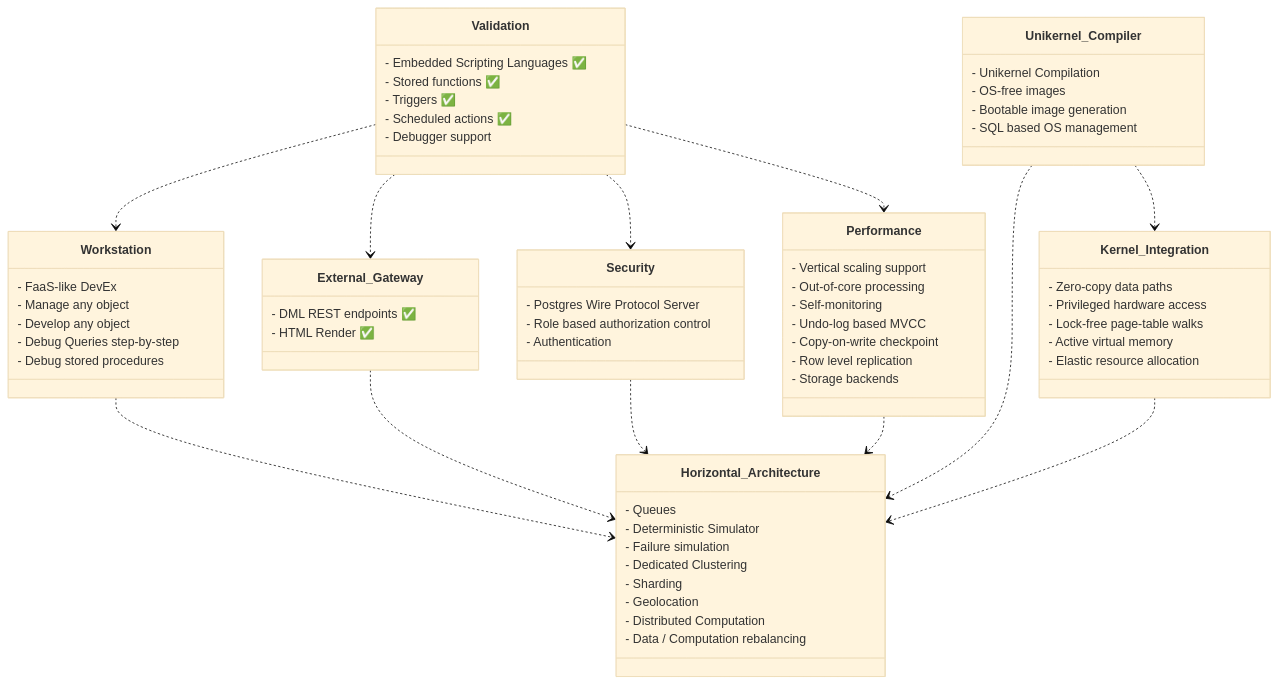
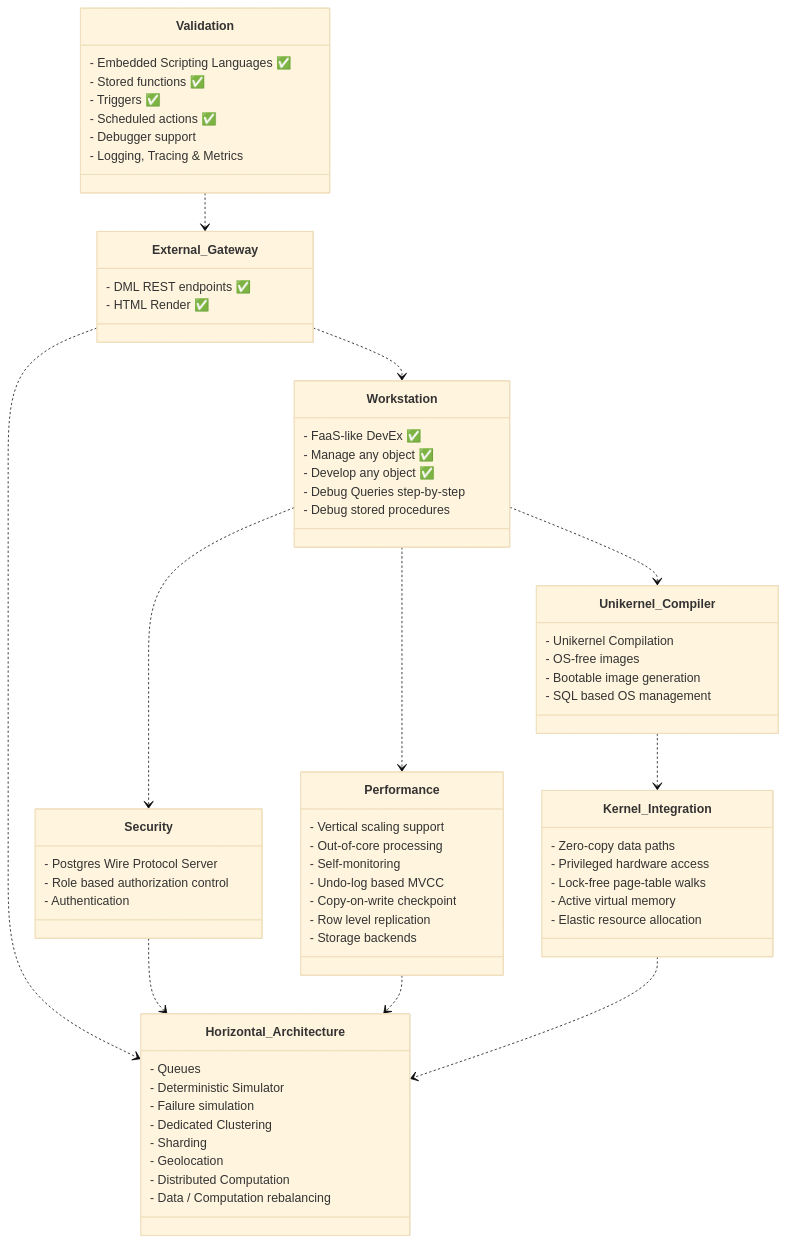
Before and after one commit to oxibase/oxibase: the diagram in docs/_docs/getting-started/roadmap.md, drawn with Mermaid (base theme). The commit also changed other lines of this file, not shown here.

````diff
--- a/docs/_docs/getting-started/roadmap.md
+++ b/docs/_docs/getting-started/roadmap.md
@@ -18,81 +18,82 @@
 ```mermaid
 classDiagram
     %% --- RELATIONSHIPS ---
     %% Use the short class names here, not "Layer.Class"
     Validation ..> External_Gateway
-    Validation ..> Workstation
-    Validation ..> Performance
-    Validation ..> Security
+    External_Gateway ..> Workstation
 
-    Workstation ..> Horizontal_Architecture
+    Workstation ..> Performance
+    Workstation ..> Security
+    Workstation ..> Unikernel_Compiler
+
     External_Gateway ..> Horizontal_Architecture
     Security ..> Horizontal_Architecture
     Performance ..> Horizontal_Architecture
-    Unikernel_Compiler ..> Horizontal_Architecture
 
     %% --- LAYERS & CLASS DEFINITIONS ---
 
     class Validation {
         - Embedded Scripting Languages ✅
         - Stored functions  ✅
         - Triggers  ✅
         - Scheduled actions  ✅
         - Debugger support
+        - Logging, Tracing & Metrics
     }
     class External_Gateway {
         - DML REST endpoints  ✅
         - HTML Render  ✅
     }
     class Security {
         - Postgres Wire Protocol Server
         - Role based authorization control
         - Authentication
     }
     class Workstation {
-        - FaaS-like DevEx
-          - Manage any object
-          - Develop any object
+        - FaaS-like DevEx ✅
+          - Manage any object ✅
+          - Develop any object ✅
         - Debug Queries step-by-step
         - Debug stored procedures
     }
 
     class Performance {
         - Vertical scaling support
         - Out-of-core processing
         - Self-monitoring
         - Undo-log based MVCC
         - Copy-on-write checkpoint
         - Row level replication
         - Storage backends
     }
 
     class Horizontal_Architecture {
         - Queues
         - Deterministic Simulator
         - Failure simulation
         - Dedicated Clustering
         - Sharding
         - Geolocation
         - Distributed Computation
         - Data / Computation rebalancing
     }
 
     class Unikernel_Compiler {
         - Unikernel Compilation
         - OS-free images
         - Bootable image generation
         - SQL based OS management
     }
 
     class Kernel_Integration {
         - Zero-copy data paths
         - Privileged hardware access
         - Lock-free page-table walks
         - Active virtual memory
         - Elastic resource allocation
     }
 
     Unikernel_Compiler ..> Kernel_Integration
     Kernel_Integration ..> Horizontal_Architecture
 
 ```
````
